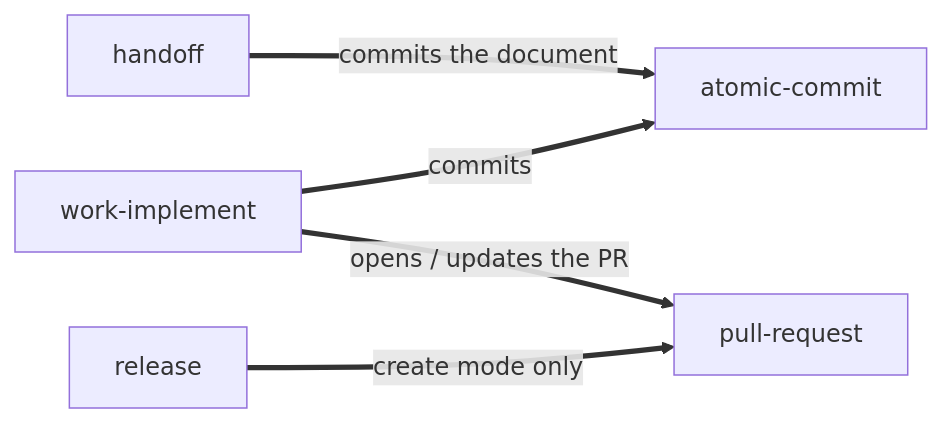
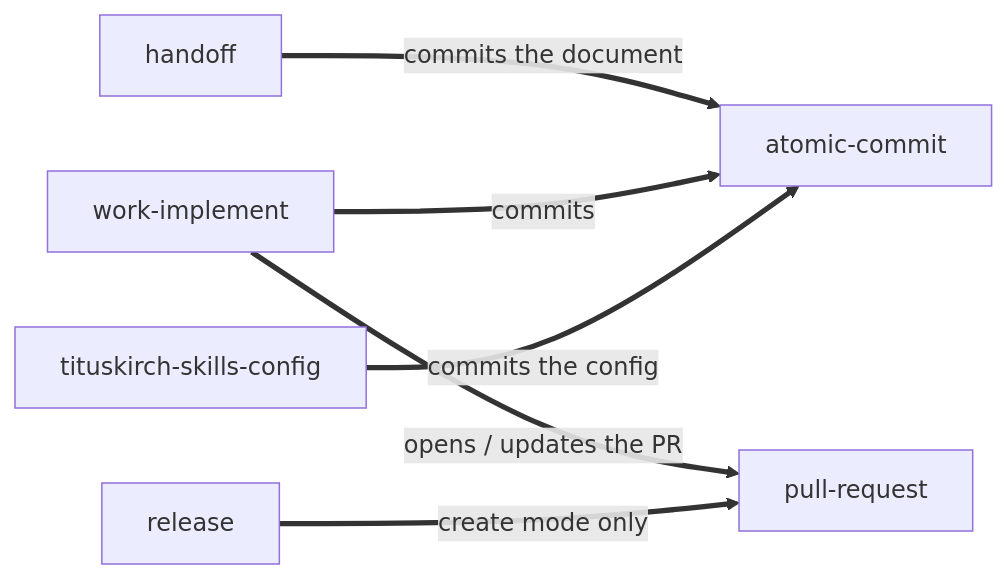
The third of 3 diagrams in docs/1.concepts/1.skill-interplay.md (TitusKirch/skills), drawn with Mermaid before and after one commit. The commit also changed other lines of this file and 1 other file, not shown here.

First line of the commit message:
docs(skills): correct the interplay map against the current catalogue

````diff
--- a/docs/1.concepts/1.skill-interplay.md
+++ b/docs/1.concepts/1.skill-interplay.md
@@ -73,7 +73,8 @@
 ```mermaid
 flowchart LR
   ho["handoff"] ==>|"commits the document"| ac["atomic-commit"]
   wi["work-implement"] ==>|"commits"| ac
+  cfg["tituskirch-skills-config"] ==>|"commits the config"| ac
   wi ==>|"opens / updates the PR"| pr["pull-request"]
   rel["release"] ==>|"create mode only"| pr
 ```
````
